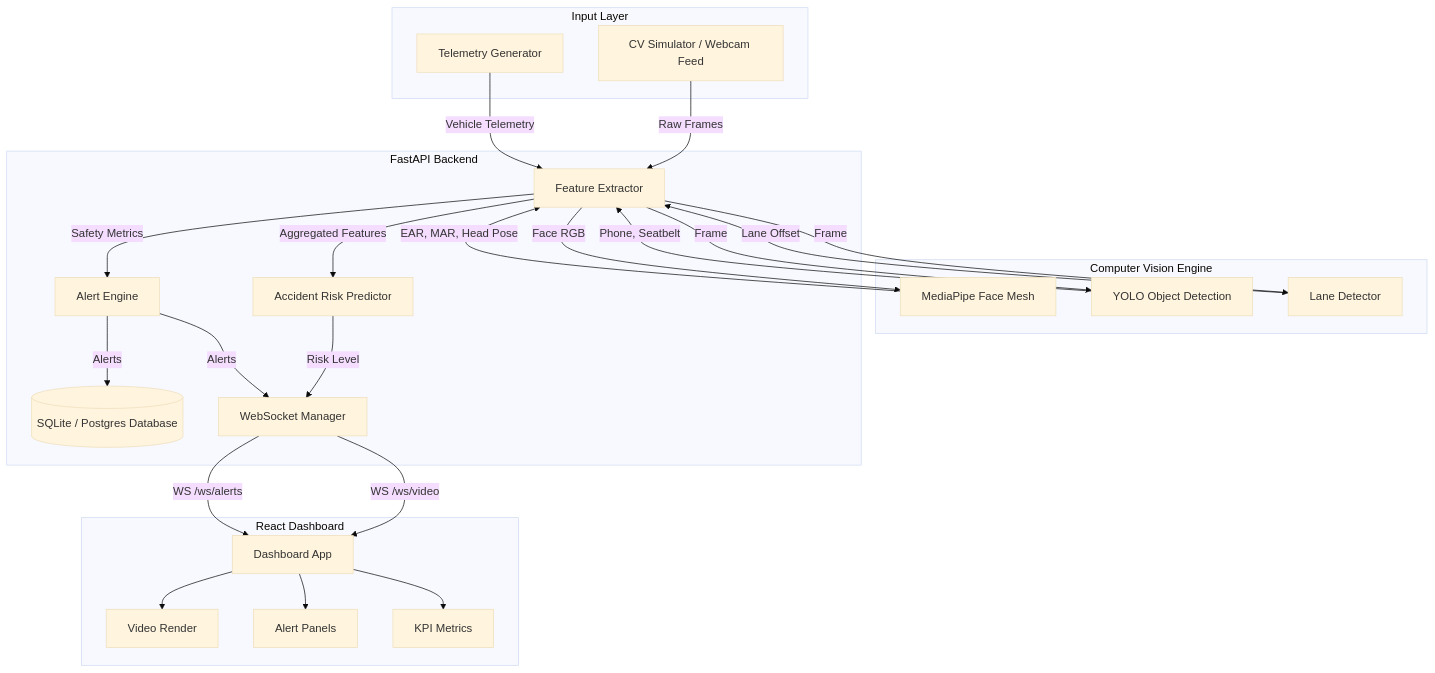
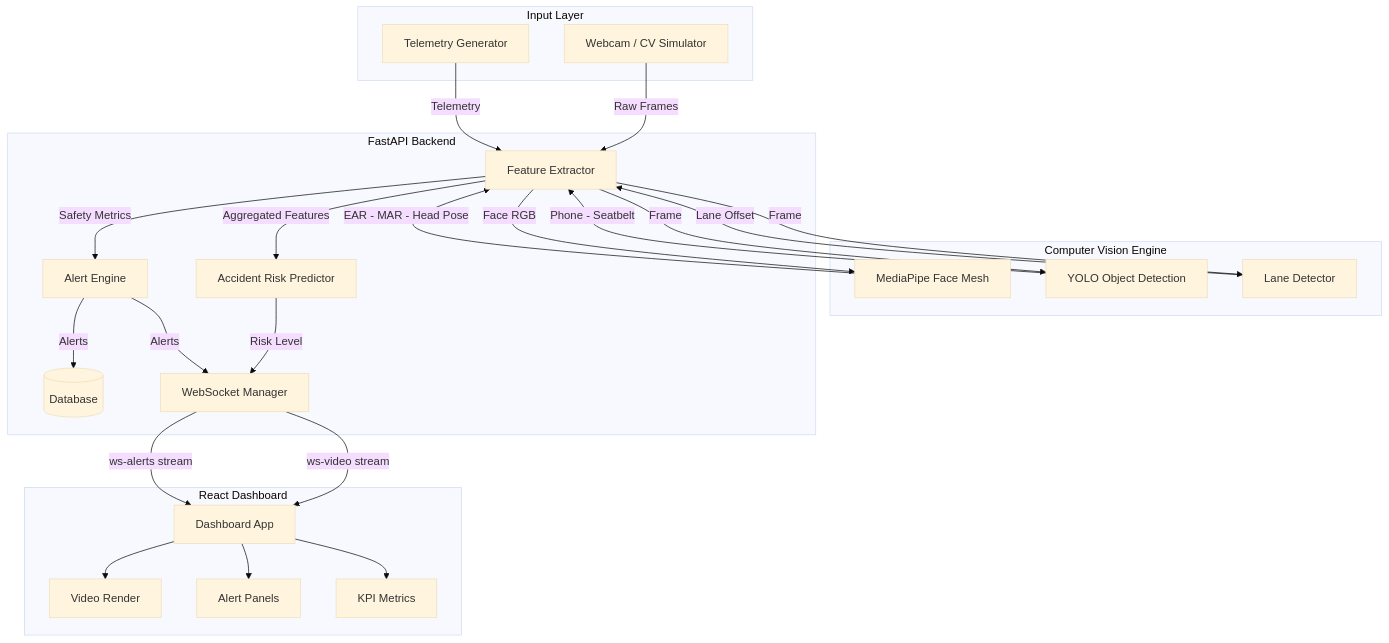
Before and after one commit to parul67/FleetGuardian-AI: the first of 2 diagrams in README.md, drawn with Mermaid (base theme). The commit also changed other lines of this file, not shown here.

Commit message:
fix: fully sanitize Mermaid diagram labels - remove all special chars causing GitHub parse errors

````diff
--- a/README.md
+++ b/README.md
@@ -43,47 +43,47 @@
 ```mermaid
 flowchart TD
     subgraph InputLayer["Input Layer"]
-        SF["CV Simulator / Webcam Feed"]
+        SF["Webcam / CV Simulator"]
         T["Telemetry Generator"]
     end
 
     subgraph CVCore["Computer Vision Engine"]
         MP["MediaPipe Face Mesh"]
         YO["YOLO Object Detection"]
         LD["Lane Detector"]
     end
 
     subgraph BackendPipeline["FastAPI Backend"]
         FE["Feature Extractor"]
         ML["Accident Risk Predictor"]
         AE["Alert Engine"]
-        DB[("SQLite / Postgres Database")]
+        DB[("Database")]
         WM["WebSocket Manager"]
     end
 
     subgraph FrontendLayer["React Dashboard"]
         FD["Dashboard App"]
         V["Video Render"]
         A["Alert Panels"]
         K["KPI Metrics"]
     end
 
     SF -->|Raw Frames| FE
-    T -->|Vehicle Telemetry| FE
+    T -->|Telemetry| FE
     FE -->|Face RGB| MP
     FE -->|Frame| YO
     FE -->|Frame| LD
-    MP -->|EAR, MAR, Head Pose| FE
-    YO -->|Phone, Seatbelt| FE
+    MP -->|EAR - MAR - Head Pose| FE
+    YO -->|Phone - Seatbelt| FE
     LD -->|Lane Offset| FE
     FE -->|Aggregated Features| ML
     FE -->|Safety Metrics| AE
     ML -->|Risk Level| WM
     AE -->|Alerts| DB
     AE -->|Alerts| WM
-    WM -->|WS /ws/video| FD
-    WM -->|WS /ws/alerts| FD
+    WM -->|ws-video stream| FD
+    WM -->|ws-alerts stream| FD
     FD --> V
     FD --> A
     FD --> K
 ```
````
